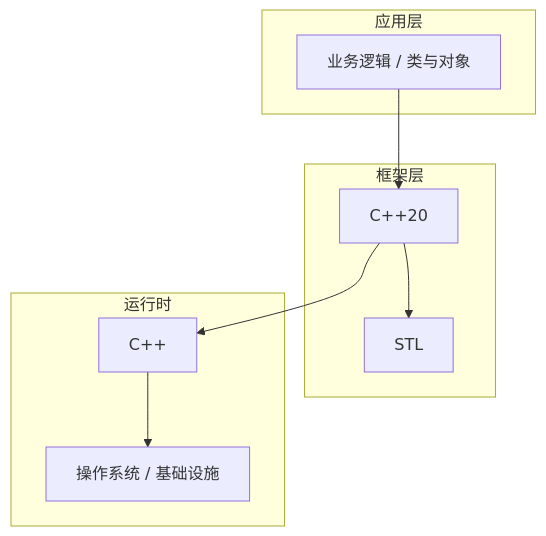
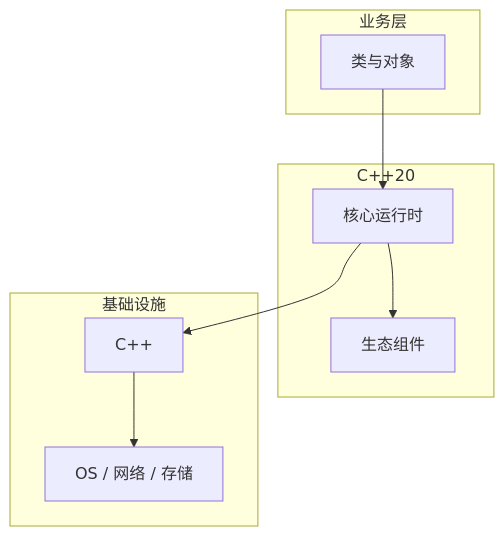
One commit to yanggan2015/knowledge-json-v2 changed the diagram in articles/C++/chapters/015-类与对象核心概念与原理.md. Above: the diagram before and after it, drawn with Mermaid. The commit also changed other lines of this file and 10127 other files, not shown here.

````diff
--- a/articles/C++/chapters/015-类与对象核心概念与原理.md
+++ b/articles/C++/chapters/015-类与对象核心概念与原理.md
@@ -45,18 +34,18 @@
 ```mermaid
 graph TB
-    subgraph 应用层
-        A[业务逻辑 / 类与对象]
+    subgraph 业务层
+        A[类与对象]
     end
-    subgraph 框架层
-        B[C++20]
-        C[STL]
+    subgraph C++20
+        B[核心运行时]
+        C[生态组件]
     end
-    subgraph 运行时
+    subgraph 基础设施
         D[C++]
-        E[操作系统 / 基础设施]
+        E[OS / 网络 / 存储]
     end
     A --> B
     B --> C
     B --> D
     D --> E
 ```
````
